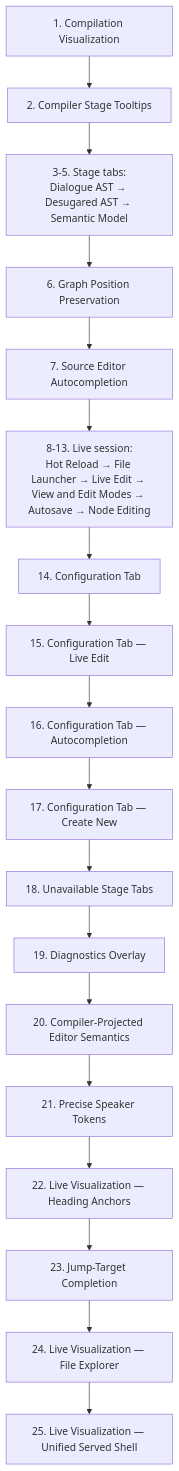
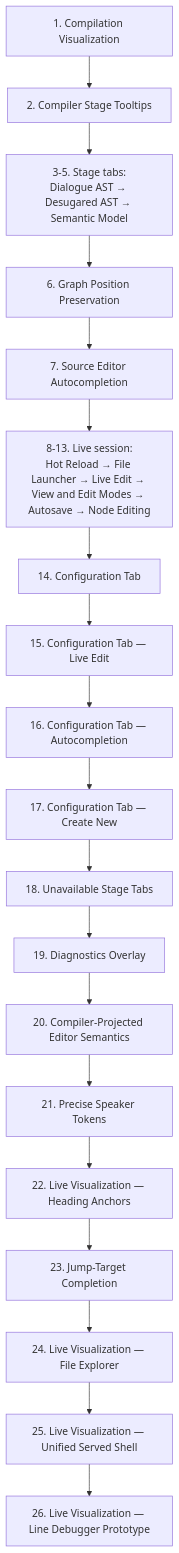
One commit to pengzhengyi/dialoguedown changed the third of 4 diagrams in docs/contributing/design-notes/README.md. Above: the diagram before and after it, drawn with Mermaid. The commit also changed other lines of this file and 2 other files, not shown here.

Commit message:
docs(line-debugger): add prototype implementation note
Design a branch-only CodeMirror line-debugger UI exploration behind a replaceable
DebugController seam. The note defines the fake branching fixture, requested and
verified breakpoints, separate breakpoint/execution gutters, paused-line state,
Start/Continue/Step Over/Stop controls, path selection, clean-source invalidation,
test strategy, and the explicit no-merge evaluation outcome.

````diff
--- a/docs/contributing/design-notes/README.md
+++ b/docs/contributing/design-notes/README.md
@@ -140,20 +140,21 @@
 ```mermaid
 flowchart TB
     CV["1. Compilation Visualization"] --> TT["2. Compiler Stage Tooltips"]
     TT --> TABS["3-5. Stage tabs:<br/>Dialogue AST → Desugared AST → Semantic Model"]
     TABS --> GX["6. Graph Position Preservation"]
     GX --> AC["7. Source Editor Autocompletion"]
     AC --> LIVE["8-13. Live session:<br/>Hot Reload → File Launcher → Live Edit → View and Edit Modes → Autosave → Node Editing"]
     LIVE --> CFG["14. Configuration Tab"]
     CFG --> CFGLE["15. Configuration Tab — Live Edit"]
     CFGLE --> CFGAC["16. Configuration Tab — Autocompletion"]
     CFGAC --> CFGCN["17. Configuration Tab — Create New"]
     CFGCN --> UST["18. Unavailable Stage Tabs"]
     UST --> DGO["19. Diagnostics Overlay"]
     DGO --> CPE["20. Compiler-Projected Editor Semantics"]
     CPE --> PST["21. Precise Speaker Tokens"]
     PST --> HA["22. Live Visualization — Heading Anchors"]
     HA --> JTC["23. Jump-Target Completion"]
     JTC --> FE["24. Live Visualization — File Explorer"]
     FE --> USS["25. Live Visualization — Unified Served Shell"]
+    USS --> LDP["26. Live Visualization — Line Debugger Prototype"]
 ```
````
